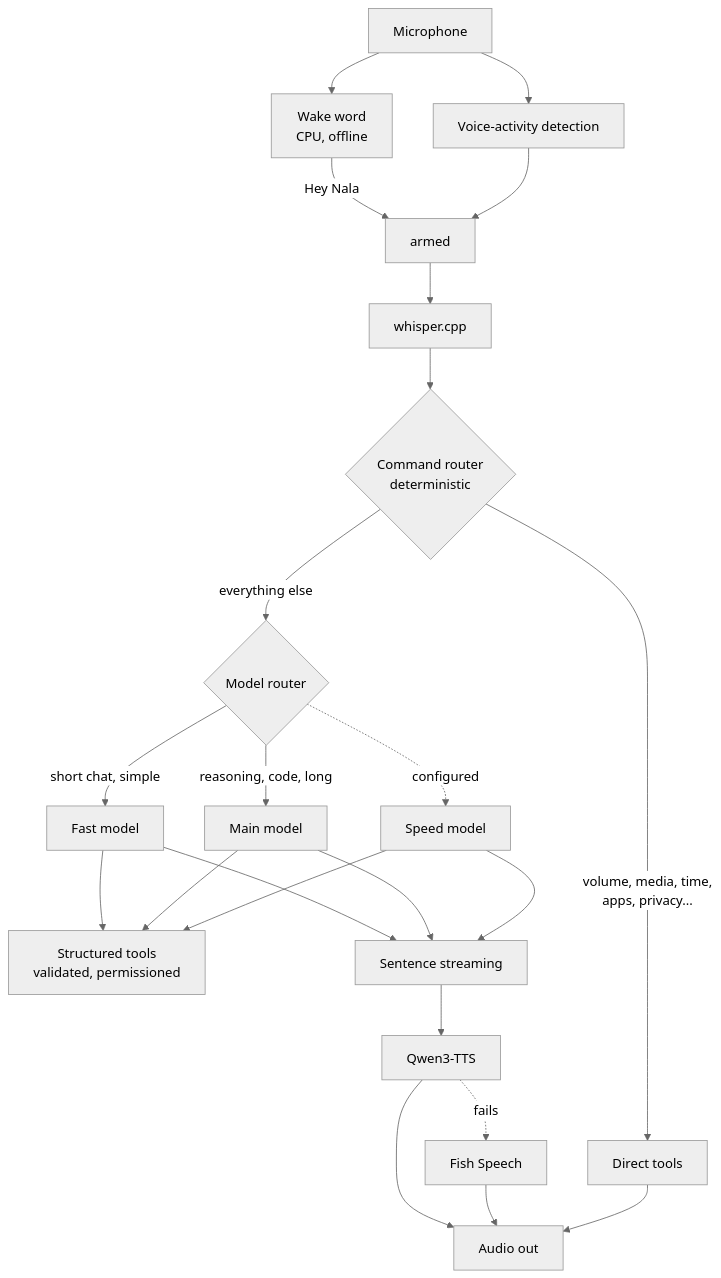
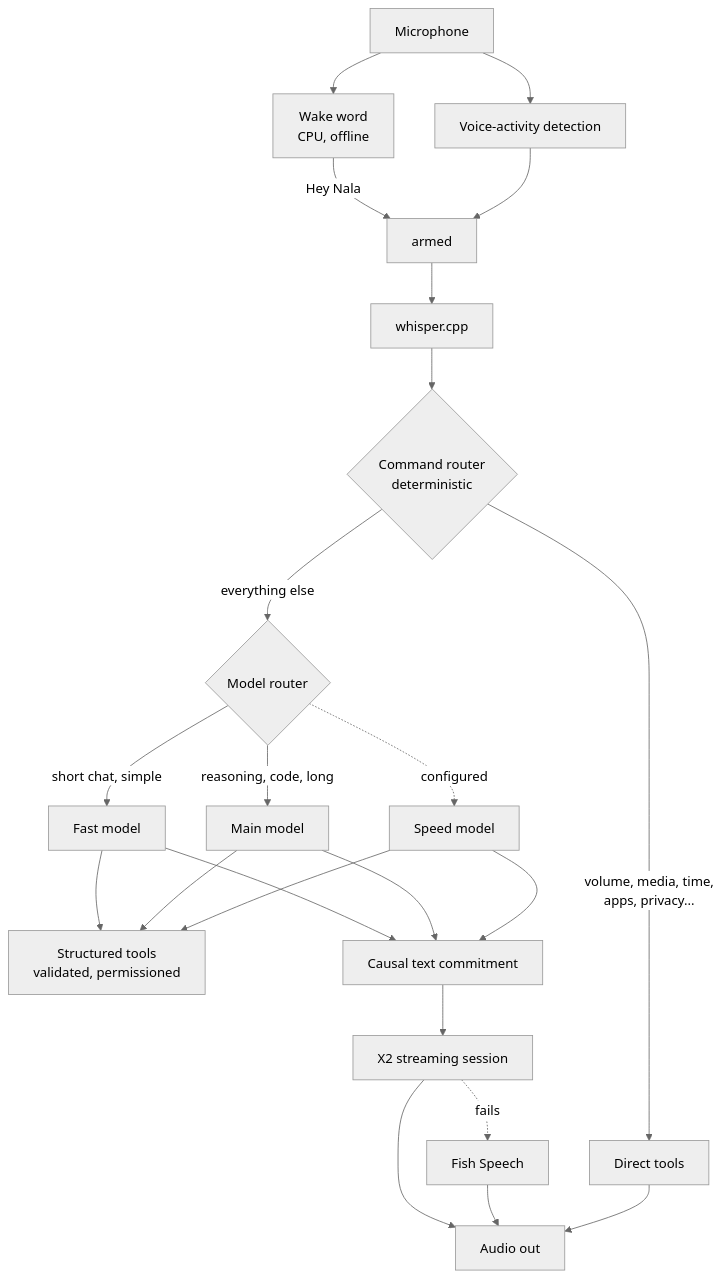
Before and after one commit to r3dg0d/Nala-Voice: the diagram in docs/voice-pipeline.md, drawn with Mermaid (neutral theme). The commit also changed other lines of this file and 15 other files, not shown here.

````diff
--- a/docs/voice-pipeline.md
+++ b/docs/voice-pipeline.md
@@ -3,25 +3,25 @@
 ```mermaid
 flowchart TD
     Mic[Microphone] --> Wake[Wake word<br/>CPU, offline]
     Mic --> VAD[Voice-activity detection]
     Wake -->|"Hey Nala"| Arm[armed]
     VAD --> Arm
     Arm --> STT[whisper.cpp]
     STT --> Cmd{Command router<br/>deterministic}
     Cmd -->|volume, media, time,<br/>apps, privacy...| Direct[Direct tools]
     Cmd -->|everything else| Route{Model router}
     Route -->|short chat, simple| Fast[Fast model]
     Route -->|reasoning, code, long| Main[Main model]
     Route -.->|configured| Speed[Speed model]
     Fast --> Tools[Structured tools<br/>validated, permissioned]
     Main --> Tools
     Speed --> Tools
-    Fast --> Sent[Sentence streaming]
+    Fast --> Sent[Causal text commitment]
     Main --> Sent
     Speed --> Sent
-    Sent --> TTS[Qwen3-TTS]
+    Sent --> TTS[X2 streaming session]
     TTS -. fails .-> Fish[Fish Speech]
     TTS --> Out[Audio out]
     Fish --> Out
     Direct --> Out
 ```
````
